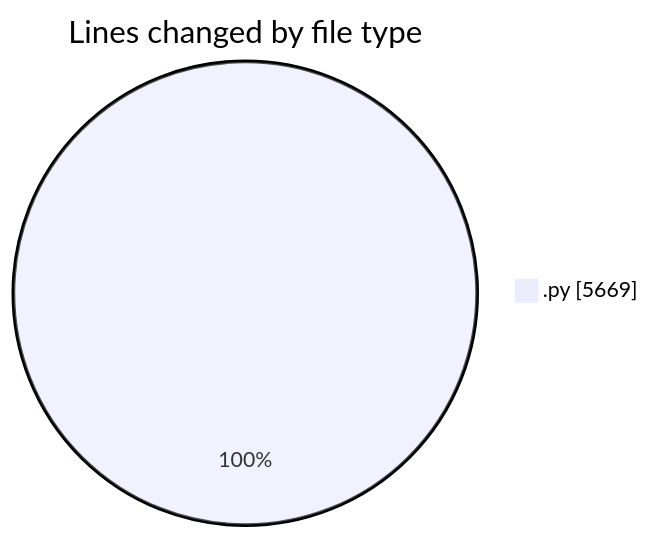
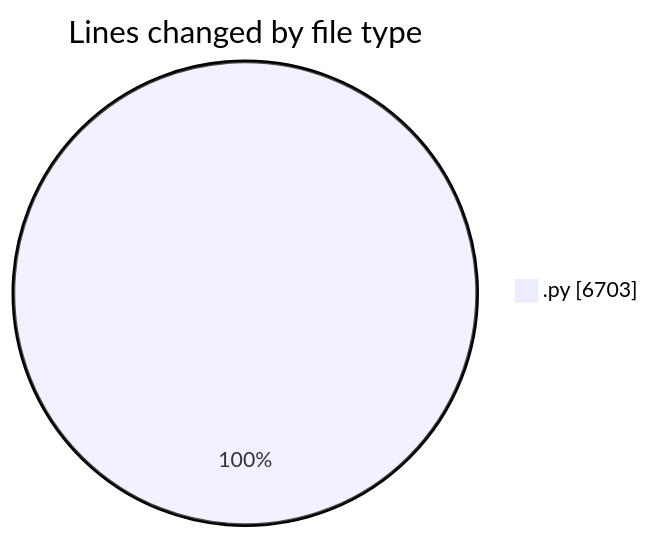
One commit to MatusMokan/code-tracking changed the first of 2 diagrams in 2025-04-12/myws__workspace_/README.md. Above: the diagram before and after it, drawn with Mermaid. The commit also changed other lines of this file and 1 other file, not shown here.

````diff
--- a/2025-04-12/myws__workspace_/README.md
+++ b/2025-04-12/myws__workspace_/README.md
@@ -26,5 +26,5 @@
 ```mermaid
 pie showData
 title Lines changed by file type
-".py" : 5669
+".py" : 6703
 ```
````
